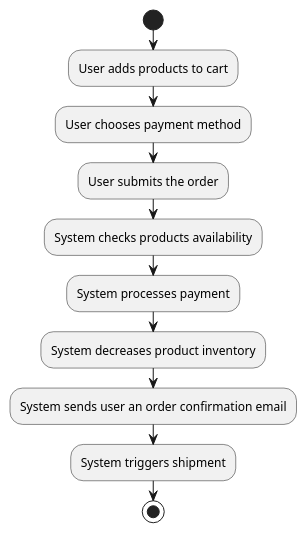
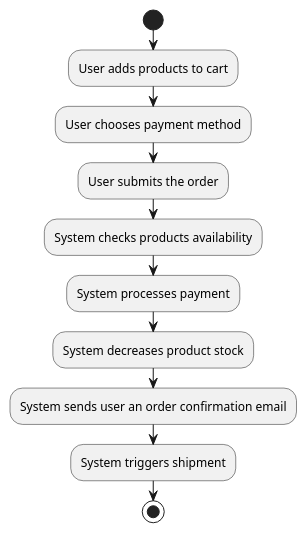
The diagram in awesome-backend-docs/src/flowcharts/happy-checkout-flow-chart.puml (viniciusvasti/awesome-backend), drawn with PlantUML before and after one commit. The commit also changed 7 other files, not shown here.

Commit message:
Exchange Inventory -> Stock

```diff
--- a/awesome-backend-docs/src/flowcharts/happy-checkout-flow-chart.puml
+++ b/awesome-backend-docs/src/flowcharts/happy-checkout-flow-chart.puml
@@ -1,14 +1,14 @@
 @startuml
 
 start
 :User adds products to cart;
 :User chooses payment method;
 :User submits the order;
 :System checks products availability;
 :System processes payment;
-:System decreases product inventory;
+:System decreases product stock;
 :System sends user an order confirmation email;
 :System triggers shipment;
 stop
 
 @enduml
```
